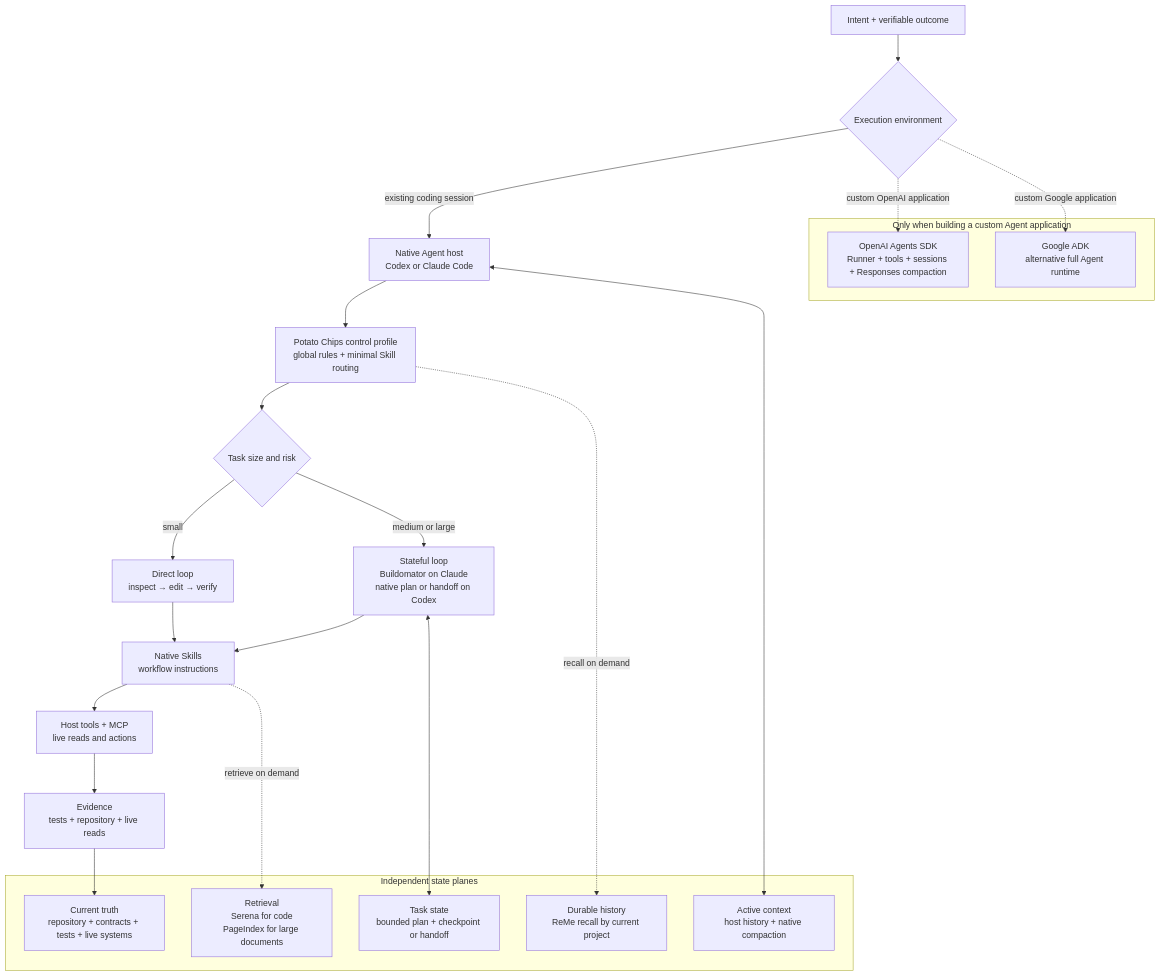
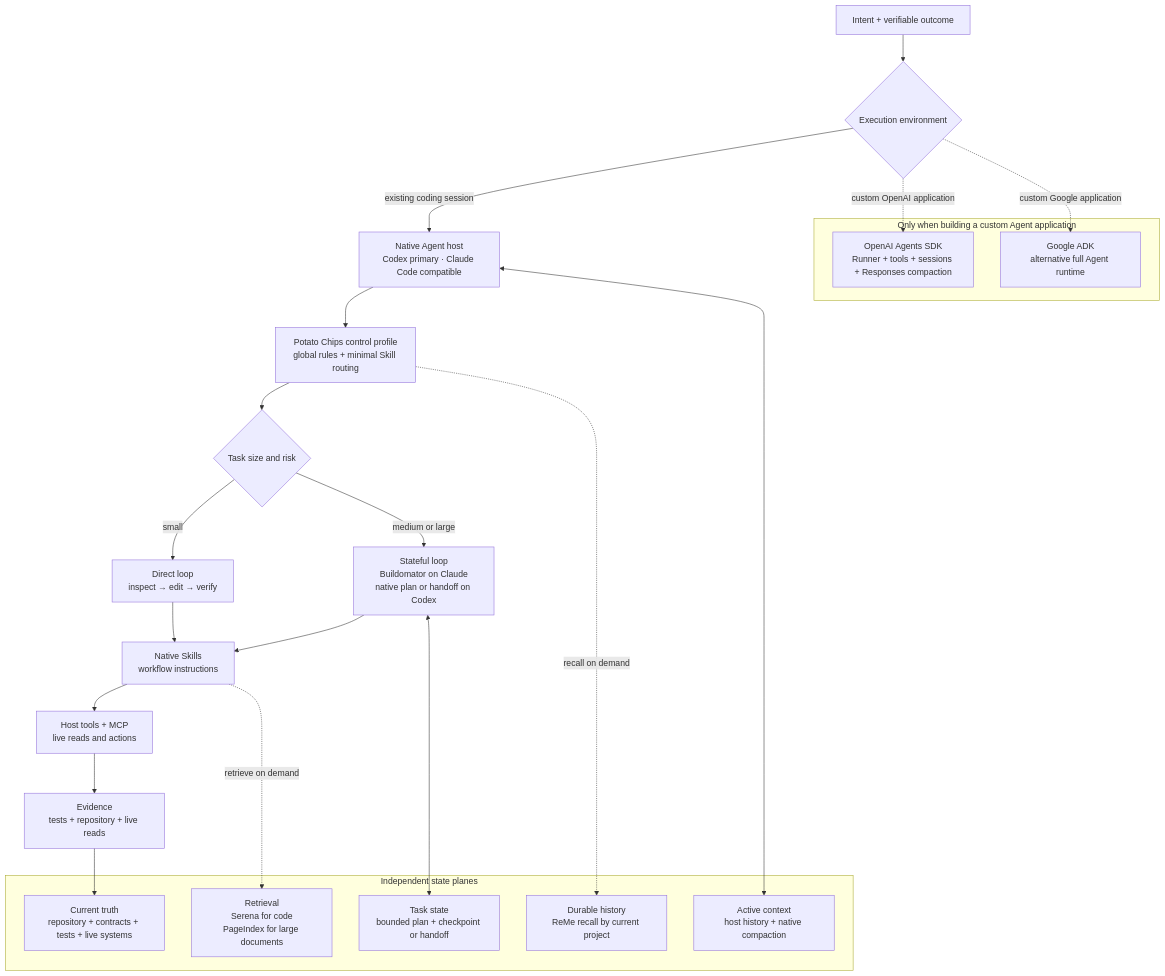
One commit to hanzw/potato-chips changed the diagram in docs/ARCHITECTURE.md. Above: the diagram before and after it, drawn with Mermaid. The commit also changed other lines of this file and 2 other files, not shown here.

Commit message:
Document Codex-first support policy (#8)

````diff
--- a/docs/ARCHITECTURE.md
+++ b/docs/ARCHITECTURE.md
@@ -7,36 +7,36 @@
 ```mermaid
 flowchart TB
     U["Intent + verifiable outcome"] --> G{"Execution environment"}
-    G -->|"existing coding session"| H["Native Agent host<br/>Codex or Claude Code"]
+    G -->|"existing coding session"| H["Native Agent host<br/>Codex primary · Claude Code compatible"]
     H --> C["Potato Chips control profile<br/>global rules + minimal Skill routing"]
     C --> Q{"Task size and risk"}
 
     Q -->|"small"| D["Direct loop<br/>inspect → edit → verify"]
     Q -->|"medium or large"| B["Stateful loop<br/>Buildomator on Claude<br/>native plan or handoff on Codex"]
     D --> S["Native Skills<br/>workflow instructions"]
     B --> S
     S --> X["Host tools + MCP<br/>live reads and actions"]
     X --> E["Evidence<br/>tests + repository + live reads"]
 
     subgraph P["Independent state planes"]
         A["Active context<br/>host history + native compaction"]
         T["Task state<br/>bounded plan + checkpoint or handoff"]
         M["Durable history<br/>ReMe recall by current project"]
         R["Retrieval<br/>Serena for code<br/>PageIndex for large documents"]
         V["Current truth<br/>repository + contracts + tests + live systems"]
     end
 
     H <--> A
     B <--> T
     C -. "recall on demand" .-> M
     S -. "retrieve on demand" .-> R
     E --> V
 
     subgraph O["Only when building a custom Agent application"]
         OA["OpenAI Agents SDK<br/>Runner + tools + sessions + Responses compaction"]
         GA["Google ADK<br/>alternative full Agent runtime"]
     end
 
     G -. "custom OpenAI application" .-> OA
     G -. "custom Google application" .-> GA
 ```
````
